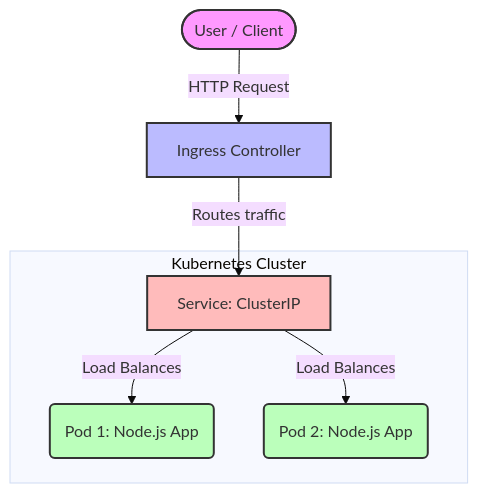
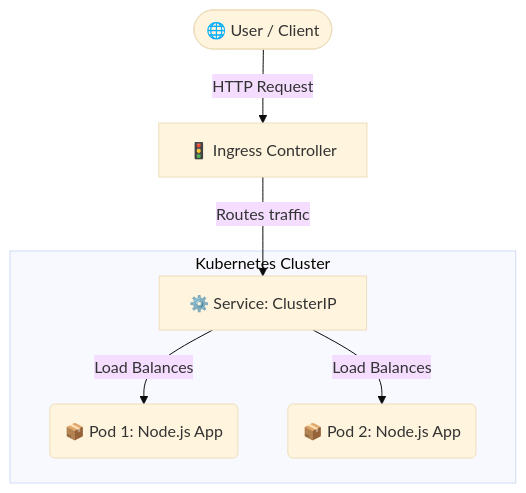
Before and after one commit to opsbyabdullah/helm-chart: the diagram in README.md, drawn with Mermaid (base theme).

````diff
--- a/README.md
+++ b/README.md
@@ -20,16 +20,10 @@
 ```mermaid
 graph TD
-    Client([User / Client]) -->|HTTP Request| Ingress[Ingress Controller]
-    Ingress -->|Routes traffic| SVC[Service: ClusterIP]
+    Client([🌐 User / Client]) -->|HTTP Request| Ingress[🚦 Ingress Controller]
+    Ingress -->|Routes traffic| SVC[⚙️ Service: ClusterIP]
     
     subgraph Kubernetes Cluster
-    SVC -->|Load Balances| Pod1(Pod 1: Node.js App)
-    SVC -->|Load Balances| Pod2(Pod 2: Node.js App)
+    SVC -->|Load Balances| Pod1(📦 Pod 1: Node.js App)
+    SVC -->|Load Balances| Pod2(📦 Pod 2: Node.js App)
     end
-    
-    style Client fill:#f9f,stroke:#333,stroke-width:2px
-    style Ingress fill:#bbf,stroke:#333,stroke-width:2px
-    style SVC fill:#fbb,stroke:#333,stroke-width:2px
-    style Pod1 fill:#bfb,stroke:#333,stroke-width:2px
-    style Pod2 fill:#bfb,stroke:#333,stroke-width:2px
 ```
````
